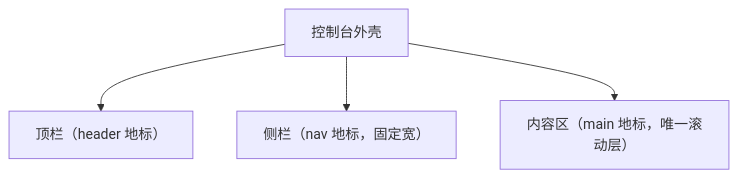
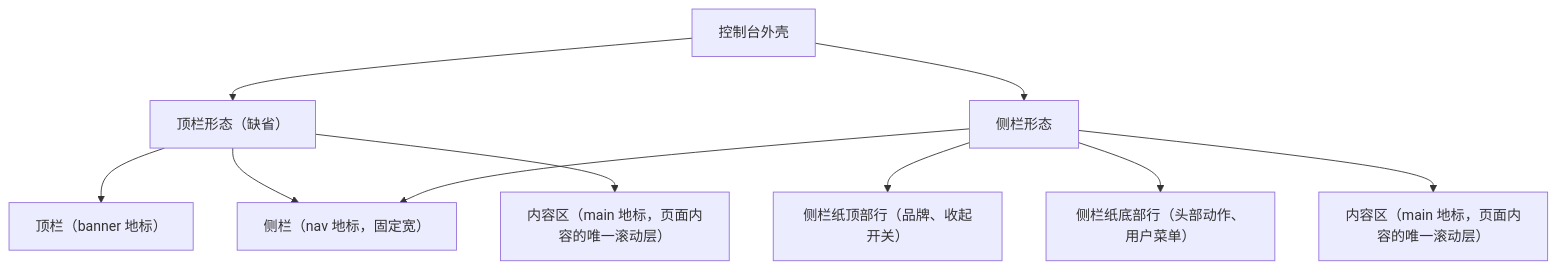
Before and after one commit to wangzw/speed: the diagram in docs/design/modules/web/design-web-layout.md, drawn with Mermaid. The commit also changed other lines of this file and 16 other files, not shown here.

````diff
--- a/docs/design/modules/web/design-web-layout.md
+++ b/docs/design/modules/web/design-web-layout.md
@@ -119,10 +137,21 @@
 ```mermaid
 graph TD
     shell["控制台外壳"]
-    topbar["顶栏（header 地标）"]
+    topbarForm["顶栏形态（缺省）"]
+    sidebarForm["侧栏形态"]
+    topbar["顶栏（banner 地标）"]
     sidebar["侧栏（nav 地标，固定宽）"]
-    content["内容区（main 地标，唯一滚动层）"]
-    shell --> topbar
-    shell --> sidebar
-    shell --> content
+    contentA["内容区（main 地标，页面内容的唯一滚动层）"]
+    topRow["侧栏纸顶部行（品牌、收起开关）"]
+    bottomRow["侧栏纸底部行（头部动作、用户菜单）"]
+    contentB["内容区（main 地标，页面内容的唯一滚动层）"]
+    shell --> topbarForm
+    shell --> sidebarForm
+    topbarForm --> topbar
+    topbarForm --> sidebar
+    topbarForm --> contentA
+    sidebarForm --> sidebar
+    sidebarForm --> topRow
+    sidebarForm --> bottomRow
+    sidebarForm --> contentB
 ```
````
